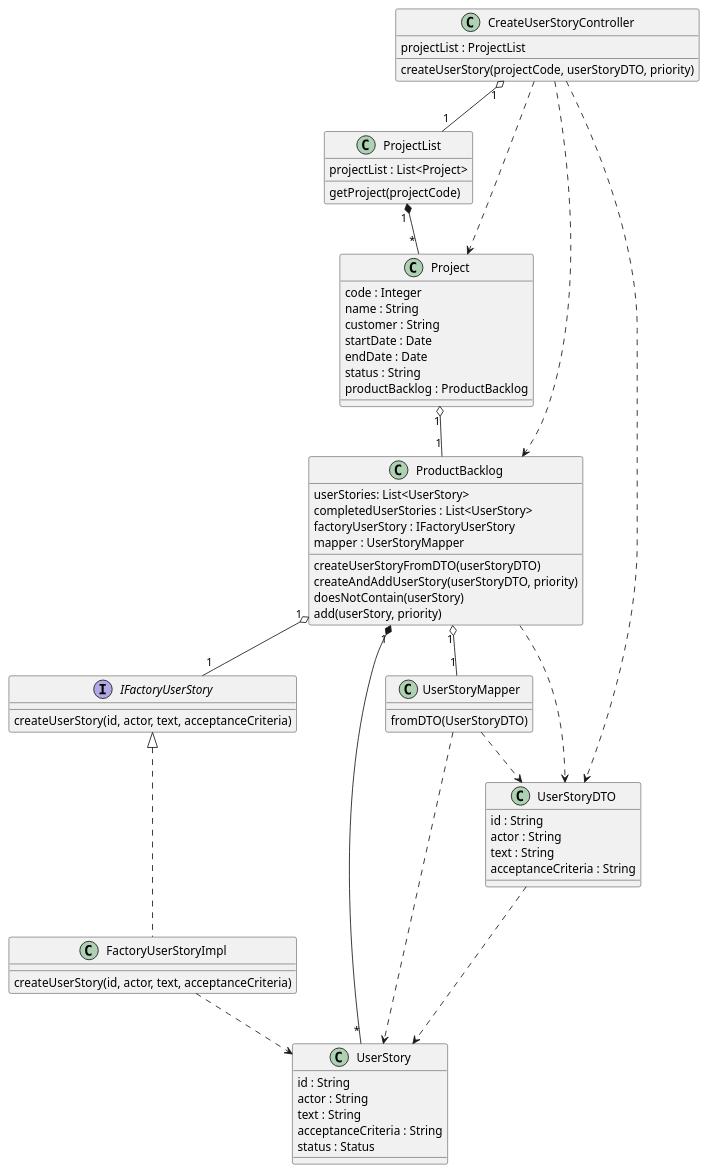
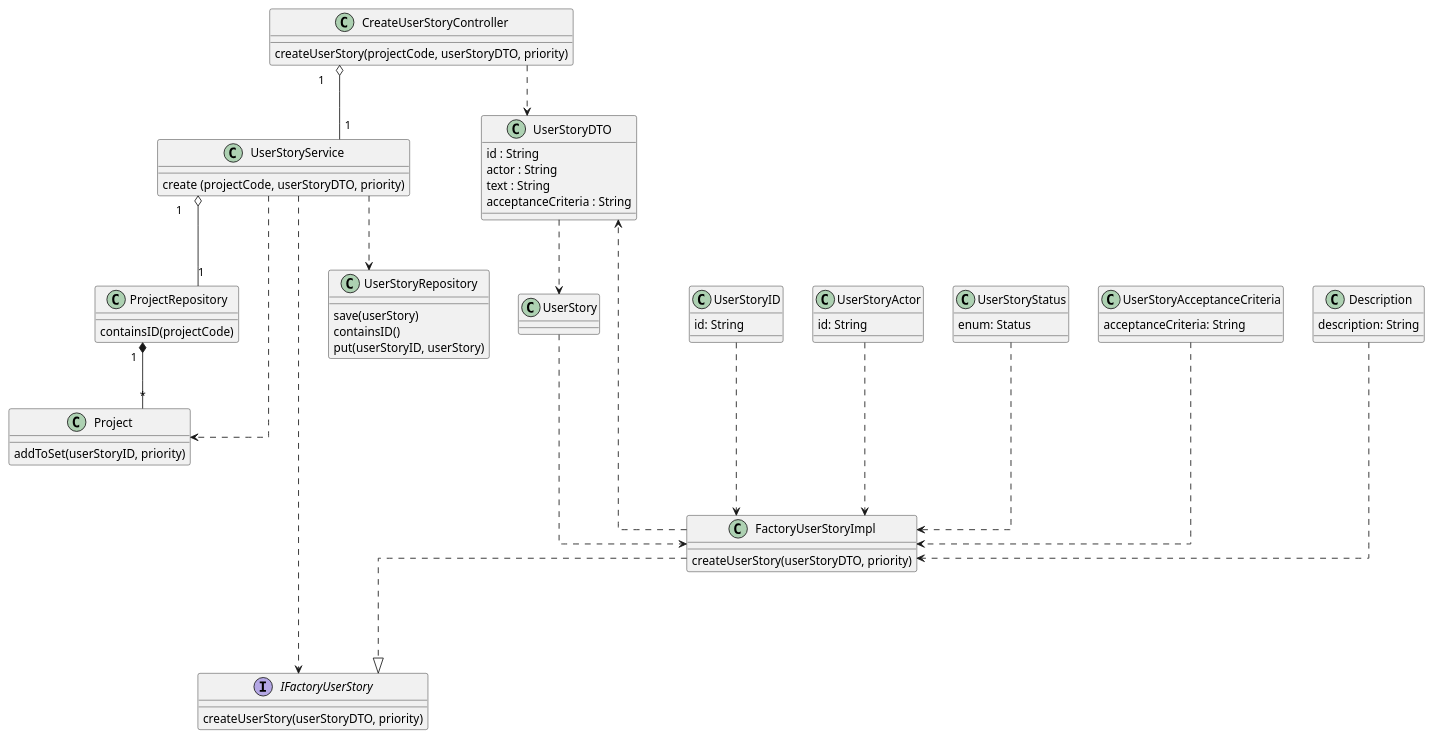
Before and after one commit to ivo-menezes/project_g3: the diagram in docs/modelling_design/user_stories/us017/US017_CreateUserStoryCD.puml, drawn with PlantUML.

Commit message:
US017: Design: first update CreateUserStoryCD

```diff
--- a/docs/modelling_design/user_stories/us017/US017_CreateUserStoryCD.puml
+++ b/docs/modelling_design/user_stories/us017/US017_CreateUserStoryCD.puml
@@ -1,77 +1,87 @@
 @startuml
+skinparam linetype ortho
 
 class CreateUserStoryController {
-projectList : ProjectList
 createUserStory(projectCode, userStoryDTO, priority)
 }
 
-class ProjectList {
-projectList : List<Project>
-getProject(projectCode)
+class UserStoryService {
+create (projectCode, userStoryDTO, priority)
+}
+
+class ProjectRepository {
+containsID(projectCode)
+}
+
+interface IFactoryUserStory {
+createUserStory(userStoryDTO, priority)
+}
+
+class FactoryUserStoryImpl {
+createUserStory(userStoryDTO, priority)
+}
+
+class UserStoryID {
+id: String
+}
+
+class UserStoryActor {
+id: String
+}
+
+class UserStoryStatus {
+enum: Status
+}
+
+class UserStoryAcceptanceCriteria {
+acceptanceCriteria: String
+}
+
+class Description {
+description: String
+}
+
+class UserStory {
+}
+
+class UserStoryRepository {
+save(userStory)
+containsID()
+put(userStoryID, userStory)
 }
 
 class Project {
-code : Integer
-name : String
-customer : String
-startDate : Date
-endDate : Date
-status : String
-productBacklog : ProductBacklog
+addToSet(userStoryID, priority)
 }
-
-class ProductBacklog {
-userStories: List<UserStory>
-completedUserStories : List<UserStory>
-factoryUserStory : IFactoryUserStory
-mapper : UserStoryMapper
-createUserStoryFromDTO(userStoryDTO)
-createAndAddUserStory(userStoryDTO, priority)
-doesNotContain(userStory)
-add(userStory, priority)
+/'
+class ProjectCode {
+projectCode :String
 }
-
-class FactoryUserStoryImpl {
-createUserStory(id, actor, text, acceptanceCriteria)
-}
-
-interface IFactoryUserStory {
-createUserStory(id, actor, text, acceptanceCriteria)
-}
-
-class UserStory {
-id : String
-actor : String
-text : String
-acceptanceCriteria : String
-status : Status
-}
-
-class UserStoryMapper {
-fromDTO(UserStoryDTO)
-}
-
+'/
 class UserStoryDTO {
 id : String
 actor : String
 text : String
 acceptanceCriteria : String
 }
 
-CreateUserStoryController "1" o-- "1" ProjectList
+CreateUserStoryController "1" o--"1" UserStoryService
+UserStoryService "1" o--"1" ProjectRepository
 CreateUserStoryController ..> UserStoryDTO
-CreateUserStoryController ..> Project
-CreateUserStoryController ..> ProductBacklog
-ProductBacklog ..> UserStoryDTO
-ProjectList "      1" *-- "                    *" Project
-Project "1" o-- "1" ProductBacklog
-ProductBacklog "1" *-- "*" UserStory
-ProductBacklog "1" o-- "1" UserStoryMapper
-UserStoryMapper ..> UserStoryDTO
+ProjectRepository "      1" *-- "                    *" Project
 UserStoryDTO ..> UserStory
-UserStoryMapper ..> UserStory
-FactoryUserStoryImpl -up..|> IFactoryUserStory
-ProductBacklog "1" o-- "1" IFactoryUserStory
-FactoryUserStoryImpl ..> UserStory
+
+
+FactoryUserStoryImpl -..|> IFactoryUserStory
+UserStoryID -..> FactoryUserStoryImpl
+UserStoryActor-..> FactoryUserStoryImpl
+UserStoryStatus-..> FactoryUserStoryImpl
+UserStoryAcceptanceCriteria-..> FactoryUserStoryImpl
+Description-..> FactoryUserStoryImpl
+UserStory-..> FactoryUserStoryImpl
+FactoryUserStoryImpl -..> UserStoryDTO
+UserStoryService ..> IFactoryUserStory
+UserStoryService ..> UserStoryRepository
+UserStoryService ..> Project
 
 @enduml
```
